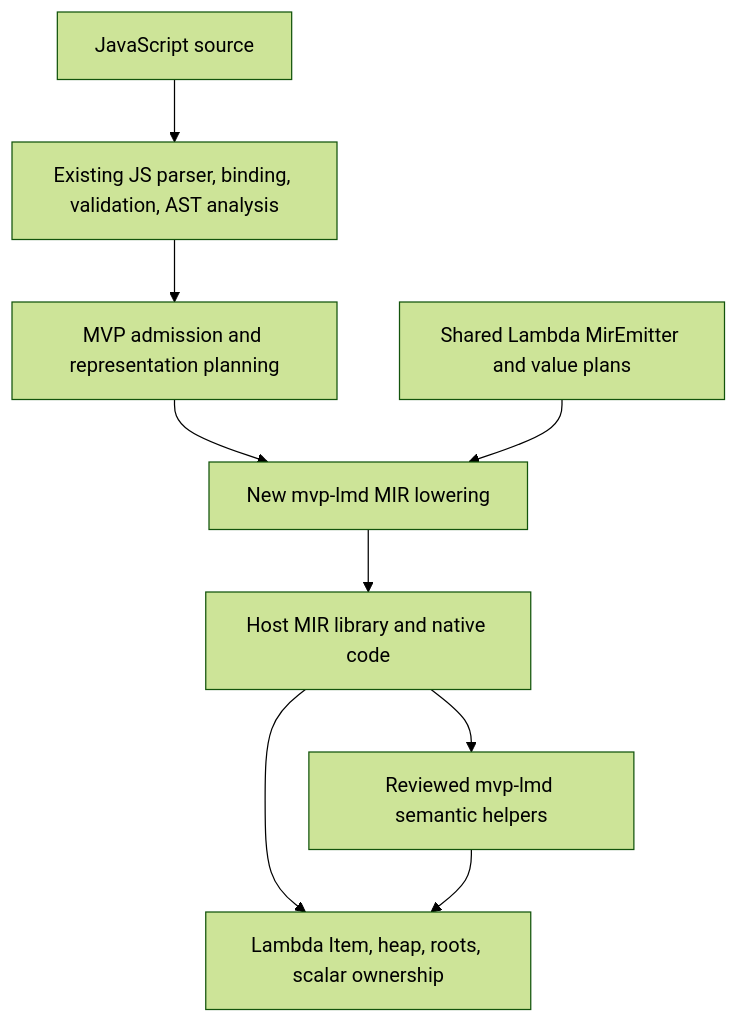
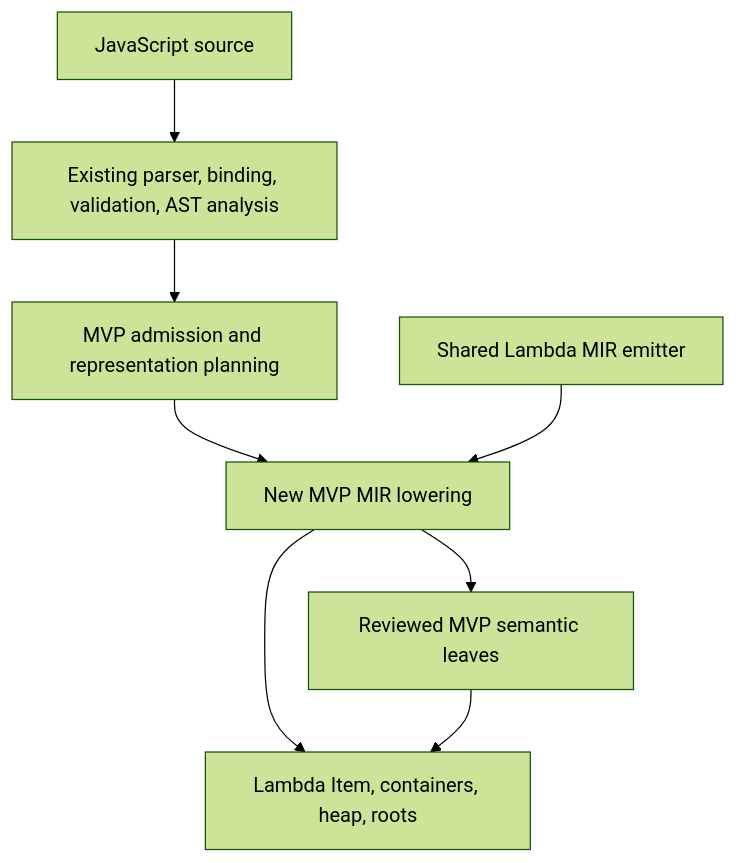
One commit to henry-luo/lambda changed the diagram in vibe/jube/JS_MVP_Lmd.md. Above: the diagram before and after it, drawn with Mermaid (forest theme). The commit also changed other lines of this file and 31 other files, not shown here.

````diff
--- a/vibe/jube/JS_MVP_Lmd.md
+++ b/vibe/jube/JS_MVP_Lmd.md
@@ -94,11 +58,10 @@
 ```mermaid
 flowchart TD
-    source[JavaScript source] --> front[Existing JS parser, binding, validation, AST analysis]
-    front --> admit[MVP admission and representation planning]
-    admit --> lower[New mvp-lmd MIR lowering]
-    shared[Shared Lambda MirEmitter and value plans] --> lower
-    lower --> mir[Host MIR library and native code]
-    mir --> core[Lambda Item, heap, roots, scalar ownership]
-    mir --> helpers[Reviewed mvp-lmd semantic helpers]
-    helpers --> core
+    source[JavaScript source] --> front[Existing parser, binding, validation, AST analysis]
+    front --> plan[MVP admission and representation planning]
+    plan --> mir[New MVP MIR lowering]
+    shared[Shared Lambda MIR emitter] --> mir
+    mir --> host[Lambda Item, containers, heap, roots]
+    mir --> leaves[Reviewed MVP semantic leaves]
+    leaves --> host
 ```
````
